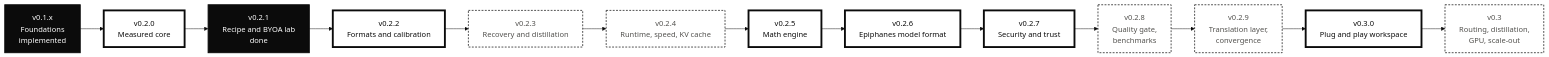
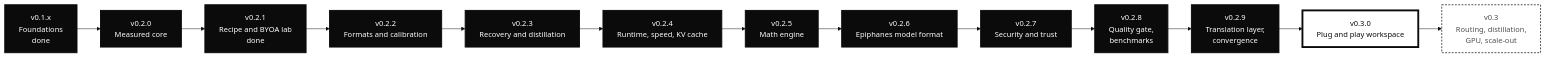
One commit to EdEpiphanes/THME-Epiphanes changed the second of 2 diagrams in README.md. Above: the diagram before and after it, drawn with Mermaid. The commit also changed other lines of this file and 10 other files, not shown here.

````diff
--- a/README.md
+++ b/README.md
@@ -342,22 +338,22 @@
 ```mermaid
 %%{init: {'theme': 'base', 'themeVariables': {'fontFamily': 'Chakra Petch, Bahnschrift, Arial Narrow, sans-serif', 'primaryColor': '#ffffff', 'primaryTextColor': '#0b0b0b', 'primaryBorderColor': '#0b0b0b', 'lineColor': '#0b0b0b', 'secondaryColor': '#f6f6f4', 'tertiaryColor': '#ffffff', 'clusterBkg': '#f6f6f4', 'clusterBorder': '#0b0b0b', 'edgeLabelBackground': '#ffffff', 'noteBkgColor': '#ffffff', 'noteBorderColor': '#0b0b0b', 'actorBkg': '#ffffff', 'actorBorder': '#0b0b0b', 'signalColor': '#0b0b0b', 'labelBoxBkgColor': '#ffffff'}}}%%
 flowchart LR
     classDef done fill:#0b0b0b,stroke:#0b0b0b,stroke-width:2px,color:#ffffff;
     classDef active fill:#ffffff,stroke:#0b0b0b,stroke-width:4px,color:#0b0b0b;
     classDef next fill:#ffffff,stroke:#0b0b0b,stroke-width:1.5px,stroke-dasharray:4 3,color:#52514e;
 
-    A["v0.1.x<br/>Foundations<br/>implemented"]:::done
-    B["v0.2.0<br/>Measured core"]:::active
+    A["v0.1.x<br/>Foundations<br/>done"]:::done
+    B["v0.2.0<br/>Measured core"]:::done
     C["v0.2.1<br/>Recipe and BYOA lab<br/>done"]:::done
-    D["v0.2.2<br/>Formats and calibration"]:::active
-    E["v0.2.3<br/>Recovery and distillation"]:::next
-    F["v0.2.4<br/>Runtime, speed, KV cache"]:::next
-    H["v0.2.5<br/>Math engine"]:::active
-    I["v0.2.6<br/>Epiphanes model format"]:::active
-    J["v0.2.7<br/>Security and trust"]:::active
-    K["v0.2.8<br/>Quality gate,<br/>benchmarks"]:::next
-    L["v0.2.9<br/>Translation layer,<br/>convergence"]:::next
+    D["v0.2.2<br/>Formats and calibration"]:::done
+    E["v0.2.3<br/>Recovery and distillation"]:::done
+    F["v0.2.4<br/>Runtime, speed, KV cache"]:::done
+    H["v0.2.5<br/>Math engine"]:::done
+    I["v0.2.6<br/>Epiphanes model format"]:::done
+    J["v0.2.7<br/>Security and trust"]:::done
+    K["v0.2.8<br/>Quality gate,<br/>benchmarks"]:::done
+    L["v0.2.9<br/>Translation layer,<br/>convergence"]:::done
     M["v0.3.0<br/>Plug and play workspace"]:::active
     G["v0.3<br/>Routing, distillation,<br/>GPU, scale-out"]:::next
     A --> B --> C --> D --> E --> F --> H --> I --> J --> K --> L --> M --> G
 ```
````
